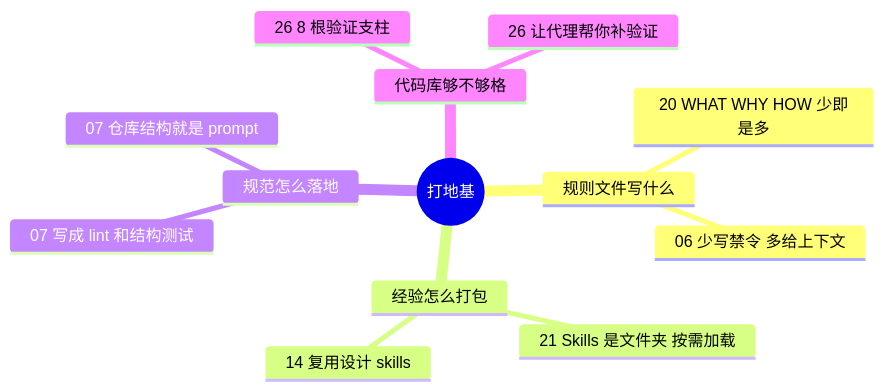
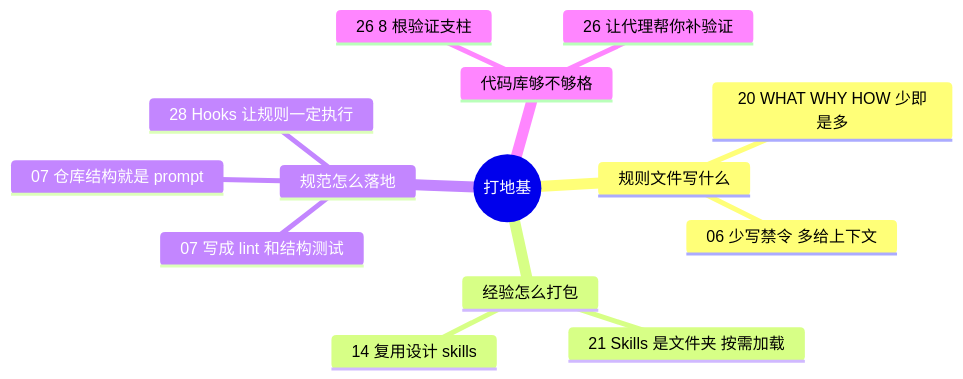
The diagram in docs/guide/foundation.md (yzw7489757/ai-coding-videos), drawn with Mermaid before and after one commit. The commit also changed other lines of this file and 34 other files, not shown here.

````diff
--- a/docs/guide/foundation.md
+++ b/docs/guide/foundation.md
@@ -13,16 +13,17 @@
 ```mermaid
 mindmap
   root((打地基))
     规则文件写什么
       20 WHAT WHY HOW 少即是多
       06 少写禁令 多给上下文
     经验怎么打包
       21 Skills 是文件夹 按需加载
       14 复用设计 skills
     规范怎么落地
       07 写成 lint 和结构测试
       07 仓库结构就是 prompt
+      28 Hooks 让规则一定执行
     代码库够不够格
       26 8 根验证支柱
       26 让代理帮你补验证
 ```
````
